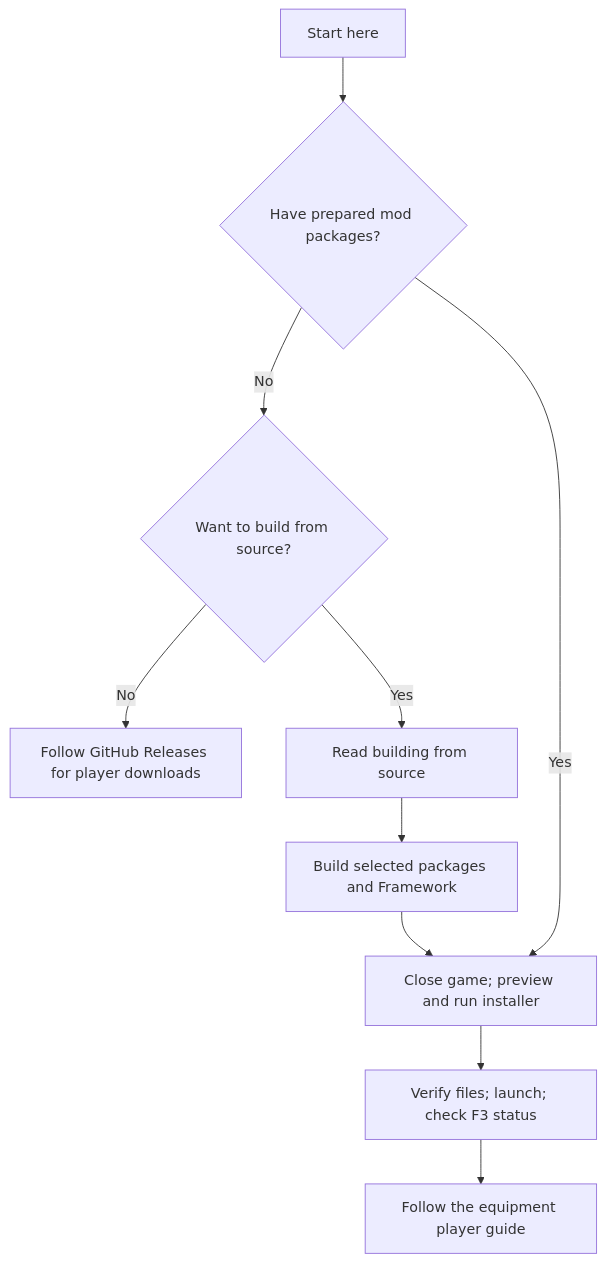
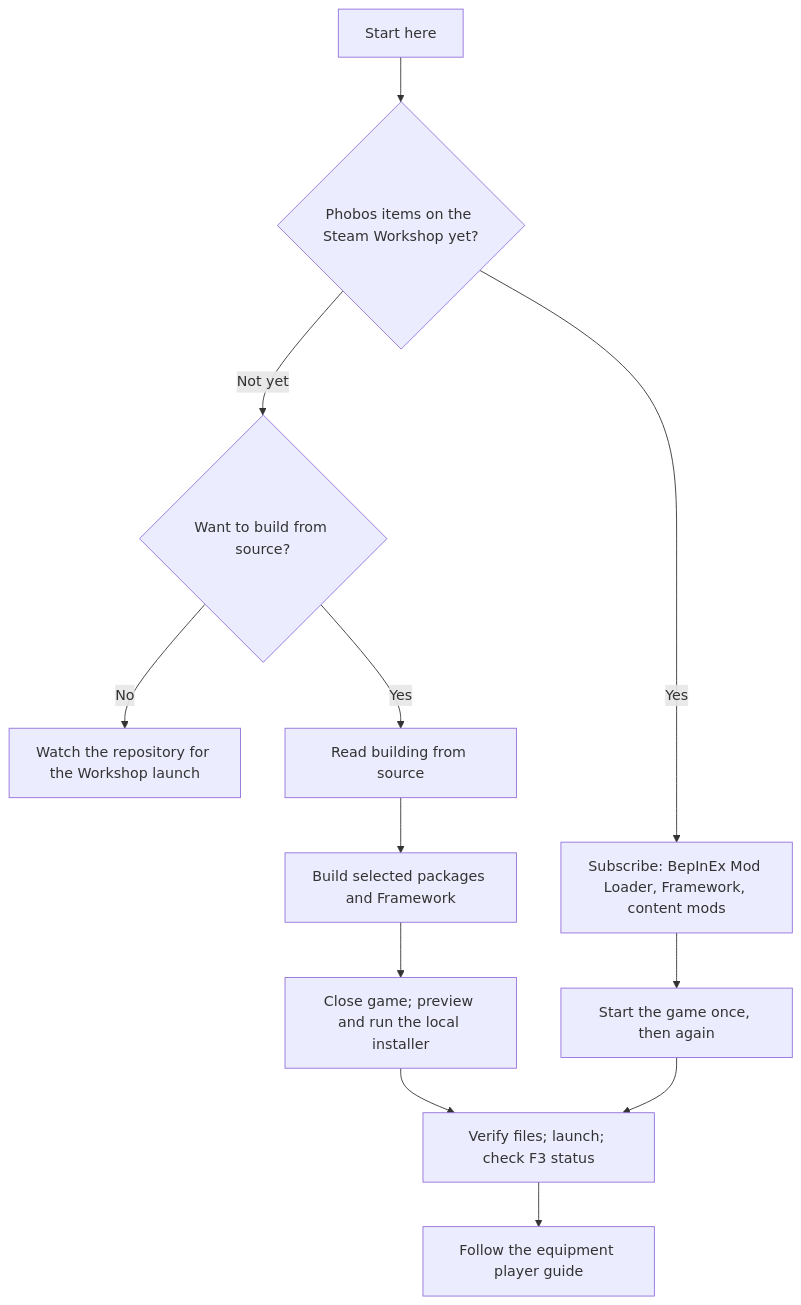
The diagram in docs/getting-started.md (phobos-dthorga/phobos-ostranauts), drawn with Mermaid before and after one commit. The commit also changed other lines of this file and 43 other files, not shown here.

````diff
--- a/docs/getting-started.md
+++ b/docs/getting-started.md
@@ -22,12 +21,14 @@
 ```mermaid
 flowchart TD
-    Start["Start here"] --> Choice{"Have prepared mod packages?"}
-    Choice -->|No| Source{"Want to build from source?"}
-    Source -->|No| Releases["Follow GitHub Releases for player downloads"]
+    Start["Start here"] --> Workshop{"Phobos items on the Steam Workshop yet?"}
+    Workshop -->|Yes| Subscribe["Subscribe: BepInEx Mod Loader, Framework, content mods"]
+    Subscribe --> Twice["Start the game once, then again"]
+    Workshop -->|Not yet| Source{"Want to build from source?"}
+    Source -->|No| Wait["Watch the repository for the Workshop launch"]
     Source -->|Yes| Build["Read building from source"]
     Build --> Packages["Build selected packages and Framework"]
-    Choice -->|Yes| Install["Close game; preview and run installer"]
-    Packages --> Install
+    Packages --> Install["Close game; preview and run the local installer"]
     Install --> Verify["Verify files; launch; check F3 status"]
+    Twice --> Verify
     Verify --> Play["Follow the equipment player guide"]
 ```
````
